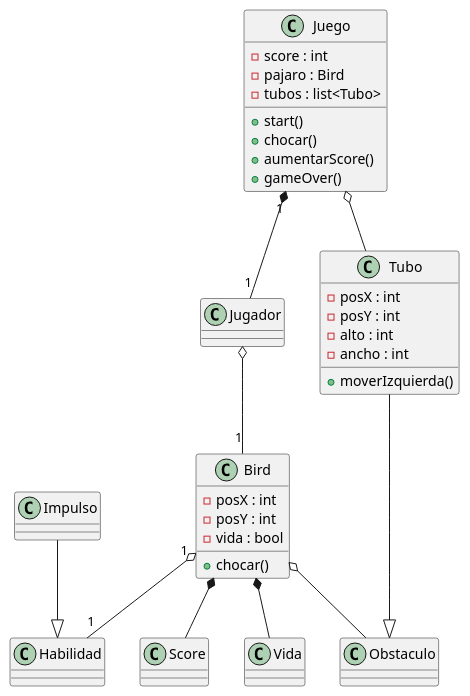
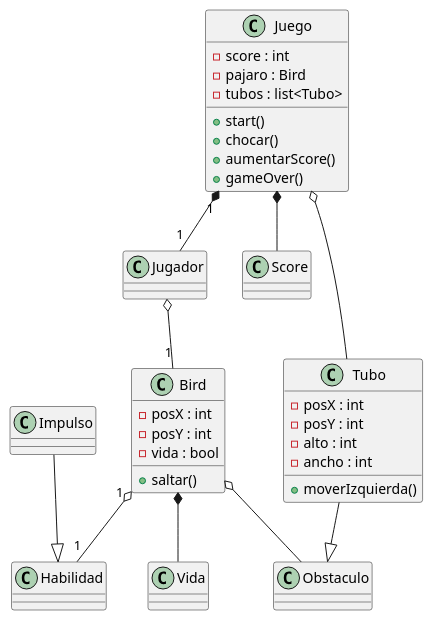
The diagram in docs/flappybird.puml (mafermga/flappy-bird-project), drawn with PlantUML before and after one commit. The commit also changed 71 other files, not shown here.

```diff
--- a/docs/flappybird.puml
+++ b/docs/flappybird.puml
@@ -1,46 +1,46 @@
 @startuml FlappyBird 
 
 class Juego{
     -score : int
     -pajaro : Bird
     -tubos : list<Tubo>
     +start()
     +chocar()
     +aumentarScore()
     +gameOver()
 }
 class Jugador 
 class Bird{
     -posX : int
     -posY : int 
     -vida : bool
-    +chocar()
+    +saltar()
 }
 class Habilidad 
 class Impulso 
 class Obstaculo 
 class Score 
 class Vida
 class Tubo{
     -posX : int 
     -posY : int 
     -alto : int 
     -ancho : int 
     +moverIzquierda()
 }
 
 Juego "1" *--  "1" Jugador 
 Jugador o-- "1" Bird
 Bird "1" o-- "1" Habilidad
-Bird *-- Score 
+Juego *-- Score 
 Bird *-- Vida 
 Impulso --|> Habilidad
 Bird o-- Obstaculo
 Tubo --|> Obstaculo
 Juego o-- Tubo
 
 
 
 
 
 @enduml 
```
